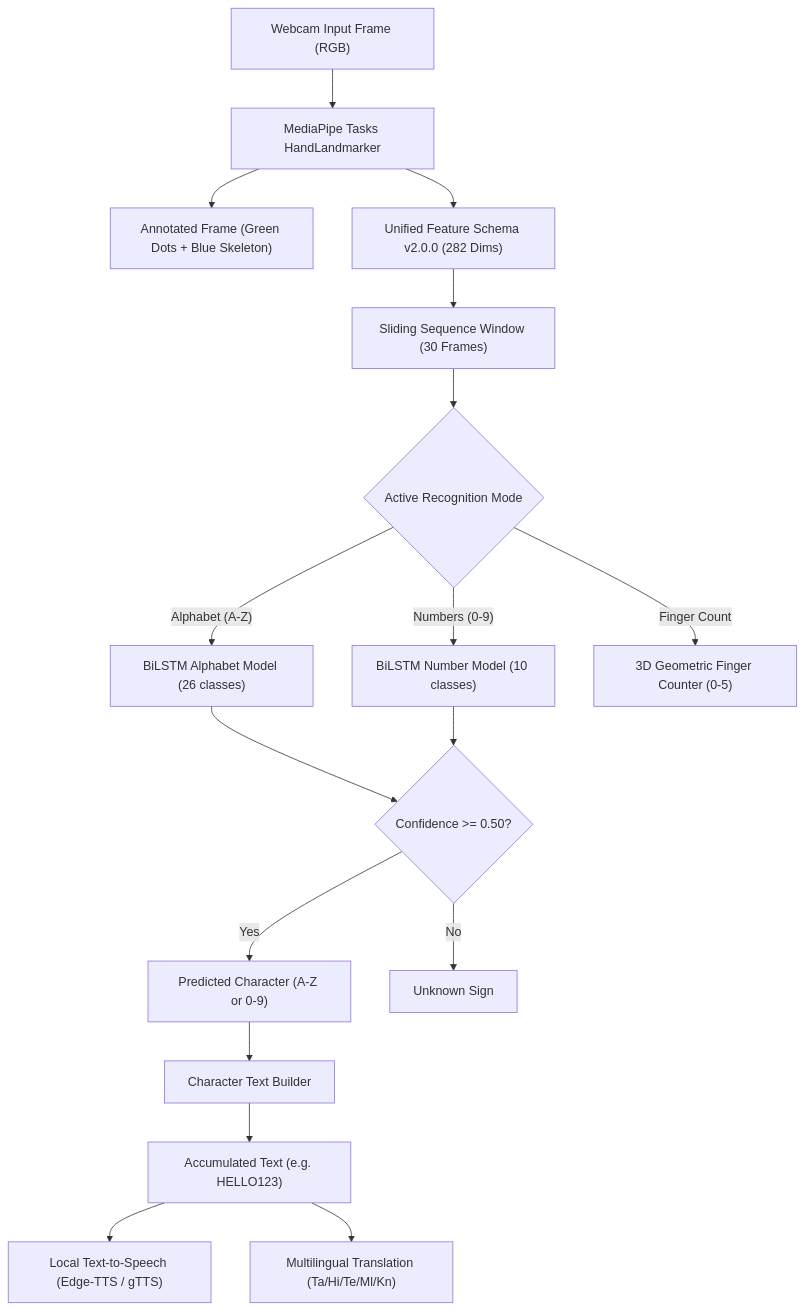
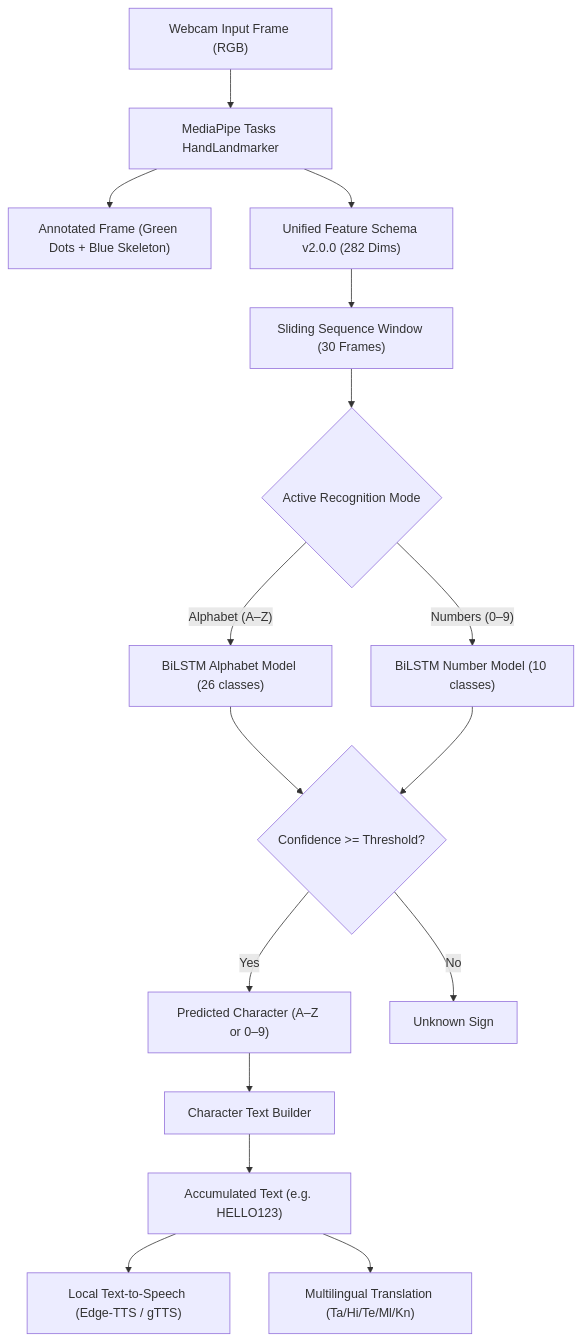
The diagram in README.md (arunkumar-maa/sign), drawn with Mermaid before and after one commit. The commit also changed other lines of this file and 17 other files, not shown here.

Commit message:
Complete final GitHub audit corrections: decouple word recognition, enforce signer-independent splits, normalize number classes, and add asset setup

````diff
--- a/README.md
+++ b/README.md
@@ -59,25 +62,24 @@
 ```mermaid
 flowchart TD
     Camera["Webcam Input Frame (RGB)"] --> MP["MediaPipe Tasks HandLandmarker"]
     MP --> Overlay["Annotated Frame (Green Dots + Blue Skeleton)"]
     MP --> Extractor["Unified Feature Schema v2.0.0 (282 Dims)"]
     
     Extractor --> Buffer["Sliding Sequence Window (30 Frames)"]
     
     Buffer --> ModeDispatch{"Active Recognition Mode"}
     
-    ModeDispatch -->|"Alphabet (A-Z)"| BiLSTM_Alph["BiLSTM Alphabet Model (26 classes)"]
-    ModeDispatch -->|"Numbers (0-9)"| BiLSTM_Num["BiLSTM Number Model (10 classes)"]
-    ModeDispatch -->|"Finger Count"| FC["3D Geometric Finger Counter (0-5)"]
+    ModeDispatch -->|"Alphabet (A–Z)"| BiLSTM_Alph["BiLSTM Alphabet Model (26 classes)"]
+    ModeDispatch -->|"Numbers (0–9)"| BiLSTM_Num["BiLSTM Number Model (10 classes)"]
     
-    BiLSTM_Alph --> ConfCheck{"Confidence >= 0.50?"}
+    BiLSTM_Alph --> ConfCheck{"Confidence >= Threshold?"}
     BiLSTM_Num --> ConfCheck
     
-    ConfCheck -->|Yes| OutputChar["Predicted Character (A-Z or 0-9)"]
+    ConfCheck -->|Yes| OutputChar["Predicted Character (A–Z or 0–9)"]
     ConfCheck -->|No| OutputUnknown["Unknown Sign"]
     
     OutputChar --> Builder["Character Text Builder"]
     Builder --> TextDisplay["Accumulated Text (e.g. HELLO123)"]
     TextDisplay --> TTS["Local Text-to-Speech (Edge-TTS / gTTS)"]
     TextDisplay --> Trans["Multilingual Translation (Ta/Hi/Te/Ml/Kn)"]
 ```
````
